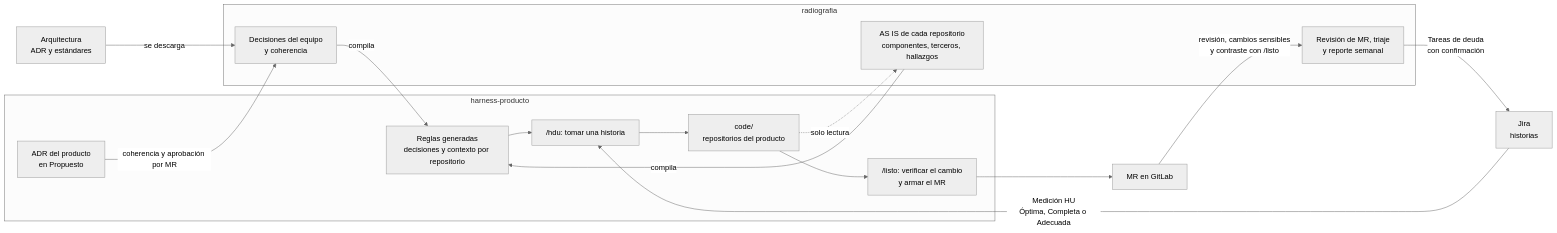
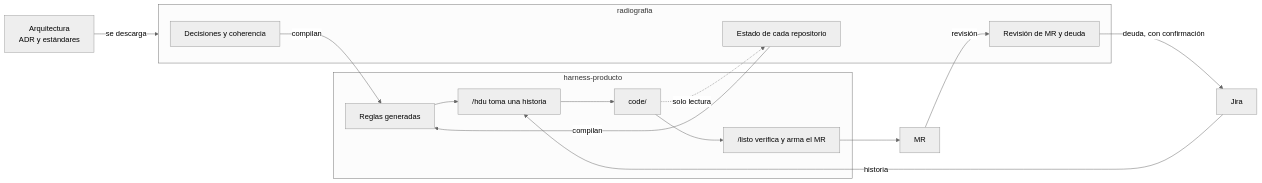
Before and after one commit to dambustamante/rad: the diagram in README.md, drawn with Mermaid (neutral theme). The commit also changed other lines of this file and 1 other file, not shown here.

Commit message:
README de radiografia y del harness: cortos y claros

````diff
--- a/README.md
+++ b/README.md
@@ -65,34 +28,19 @@
 ```mermaid
 flowchart LR
-    ARQ["Arquitectura<br/>ADR y estándares"]
-    JIRA["Jira<br/>historias"]
-
-    subgraph GOB["radiografia"]
-        DEC["Decisiones del equipo<br/>y coherencia"]
-        ASIS["AS IS de cada repositorio<br/>componentes, terceros, hallazgos"]
-        REV["Revisión de MR, triaje<br/>y reporte semanal"]
+    ARQ["Arquitectura<br/>ADR y estándares"] -->|se descarga| RAD
+    subgraph RAD["radiografia"]
+        DEC["Decisiones y coherencia"]
+        ASIS["Estado de cada repositorio"]
+        REV["Revisión de MR y deuda"]
     end
-
     subgraph HAR["harness-producto"]
-        REGLAS["Reglas generadas<br/>decisiones y contexto por repositorio"]
-        ADRP["ADR del producto<br/>en Propuesto"]
-        HDU["/hdu: tomar una historia"]
-        CODE["code/<br/>repositorios del producto"]
-        LISTO["/listo: verificar el cambio<br/>y armar el MR"]
+        REGLAS["Reglas generadas"]
+        HDU["/hdu toma una historia"]
+        CODE["code/"]
+        LISTO["/listo verifica y arma el MR"]
     end
-
-    MR["MR en GitLab"]
-
-    ARQ -->|se descarga| DEC
-    DEC -->|compila| REGLAS
-    ASIS -->|compila| REGLAS
-    ADRP -->|coherencia y aprobación por MR| DEC
-    JIRA -->|"Medición HU<br/>Óptima, Completa o Adecuada"| HDU
-    REGLAS --> HDU
-    HDU --> CODE
-    CODE --> LISTO
-    LISTO --> MR
-    MR -->|"revisión, cambios sensibles<br/>y contraste con /listo"| REV
-    REV -->|"Tareas de deuda<br/>con confirmación"| JIRA
+    DEC & ASIS -->|compilan| REGLAS --> HDU --> CODE --> LISTO --> MR["MR"] -->|revisión| REV
+    JIRA["Jira"] -->|historia| HDU
+    REV -->|deuda, con confirmación| JIRA
     CODE -.->|solo lectura| ASIS
 ```
````
